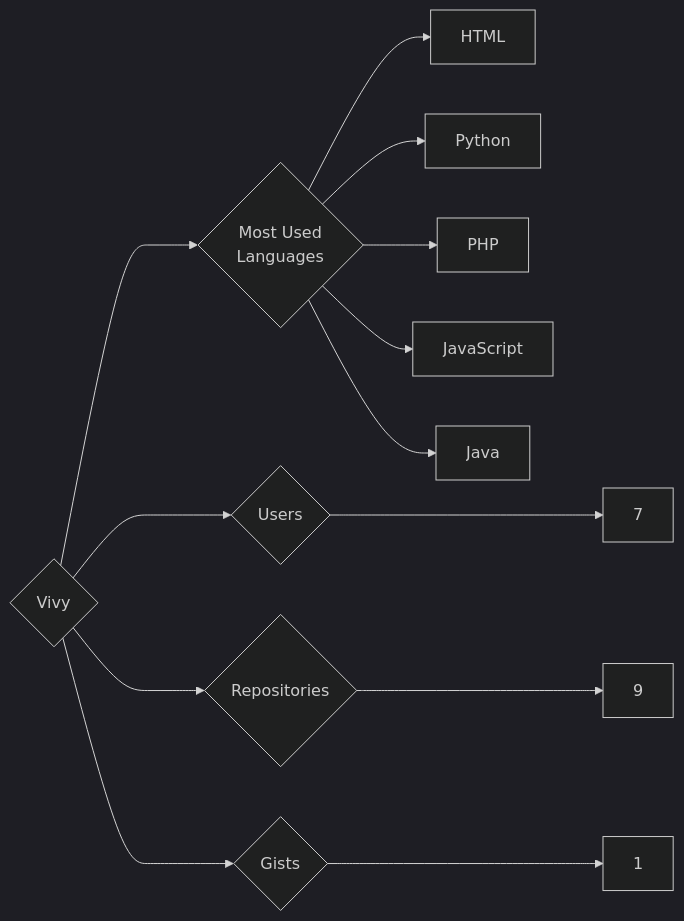
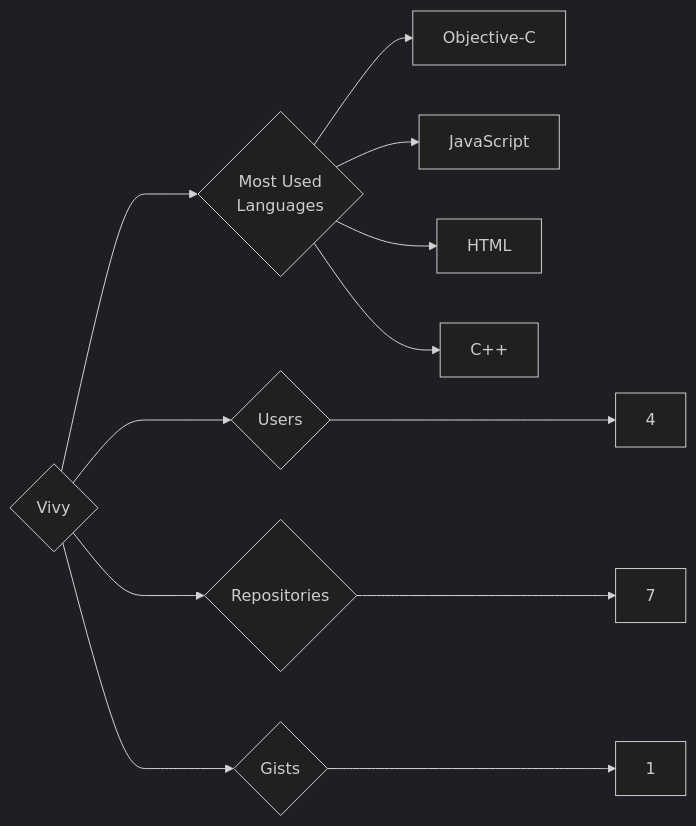
One commit to trickest/insiders changed the diagram in targets/Vivy/README.md. Above: the diagram before and after it, drawn with Mermaid (dark theme). The commit also changed 681 other files, not shown here.

````diff
--- a/targets/Vivy/README.md
+++ b/targets/Vivy/README.md
@@ -3,13 +3,12 @@
 ```mermaid
 graph LR
 COMPANY_NAME{Vivy}
-COMPANY_NAME ---> U{Users} ---> UN[7]
-COMPANY_NAME ---> R{Repositories} ---> RN[9]
+COMPANY_NAME ---> U{Users} ---> UN[4]
+COMPANY_NAME ---> R{Repositories} ---> RN[7]
 COMPANY_NAME ---> G{Gists} ---> GN[1]
 COMPANY_NAME ---> ML{Most Used<br>Languages}
+ML --> Objective-C[Objective-C]
+ML --> JavaScript[JavaScript]
 ML --> HTML[HTML]
-ML --> Python[Python]
-ML --> PHP[PHP]
-ML --> JavaScript[JavaScript]
-ML --> Java[Java]
+ML --> C++[C++]
 ```
````
